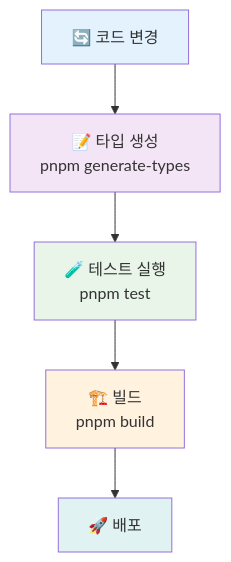
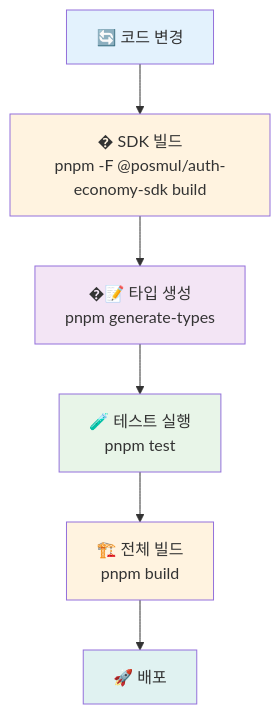
Before and after one commit to positivemultiplier/posmul: the eighth of 9 diagrams in README.md, drawn with Mermaid. The commit also changed other lines of this file and 697 other files, not shown here.

````diff
--- a/README.md
+++ b/README.md
@@ -233,13 +614,15 @@
 ```mermaid
 flowchart TD
-    A["🔄 코드 변경"] --> B["📝 타입 생성<br/>pnpm generate-types"]
-    B --> C["🧪 테스트 실행<br/>pnpm test"]
-    C --> D["🏗️ 빌드<br/>pnpm build"]
-    D --> E["🚀 배포"]
-    
+    A["🔄 코드 변경"] --> B["� SDK 빌드<br/>pnpm -F @posmul/auth-economy-sdk build"]
+    B --> C["�📝 타입 생성<br/>pnpm generate-types"]
+    C --> D["🧪 테스트 실행<br/>pnpm test"]
+    D --> E["🏗️ 전체 빌드<br/>pnpm build"]
+    E --> F["🚀 배포"]
+
     style A fill:#e3f2fd
-    style B fill:#f3e5f5
-    style C fill:#e8f5e8
-    style D fill:#fff3e0
-    style E fill:#e0f2f1
+    style B fill:#fff3e0
+    style C fill:#f3e5f5
+    style D fill:#e8f5e8
+    style E fill:#fff3e0
+    style F fill:#e0f2f1
 ```
````
